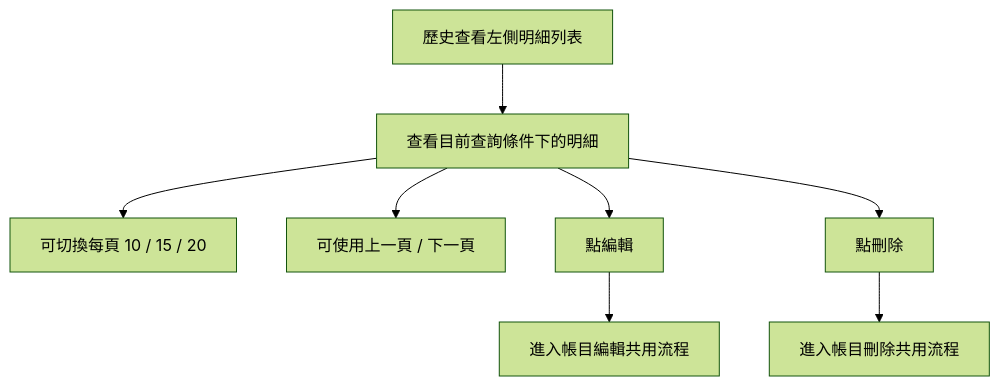
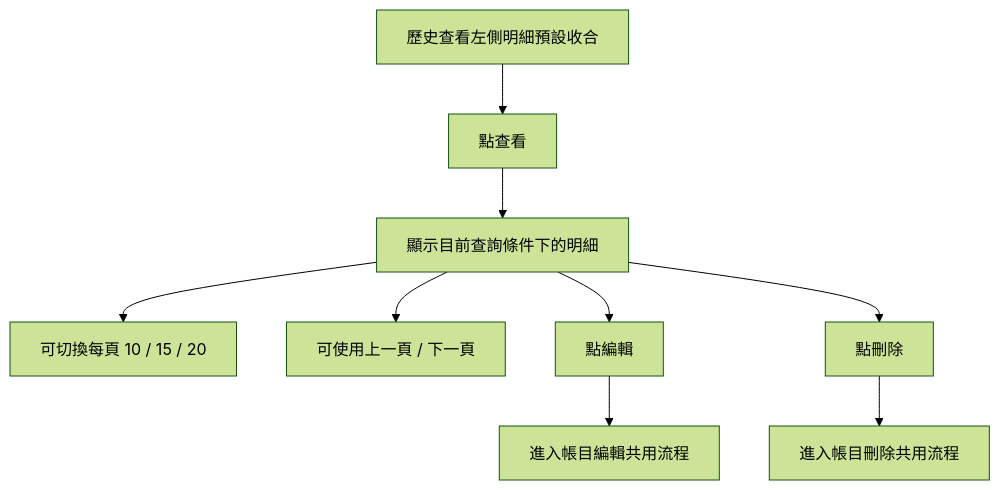
Before and after one commit to ivyliu1201/personal-accounting-app: the eighth of 12 diagrams in FLOW.md, drawn with Mermaid (forest theme). The commit also changed 7 other files, not shown here.

````diff
--- a/FLOW.md
+++ b/FLOW.md
@@ -100,10 +100,11 @@
 ```mermaid
 flowchart TD
-A[歷史查看左側明細列表] --> B[查看目前查詢條件下的明細]
-B --> C[可切換每頁 10 / 15 / 20]
-B --> D[可使用上一頁 / 下一頁]
-B --> E[點編輯]
-B --> F[點刪除]
-E --> G[進入帳目編輯共用流程]
-F --> H[進入帳目刪除共用流程]
+A[歷史查看左側明細預設收合] --> B[點查看]
+B --> C[顯示目前查詢條件下的明細]
+C --> D[可切換每頁 10 / 15 / 20]
+C --> E[可使用上一頁 / 下一頁]
+C --> F[點編輯]
+C --> G[點刪除]
+F --> H[進入帳目編輯共用流程]
+G --> I[進入帳目刪除共用流程]
 ```
````
